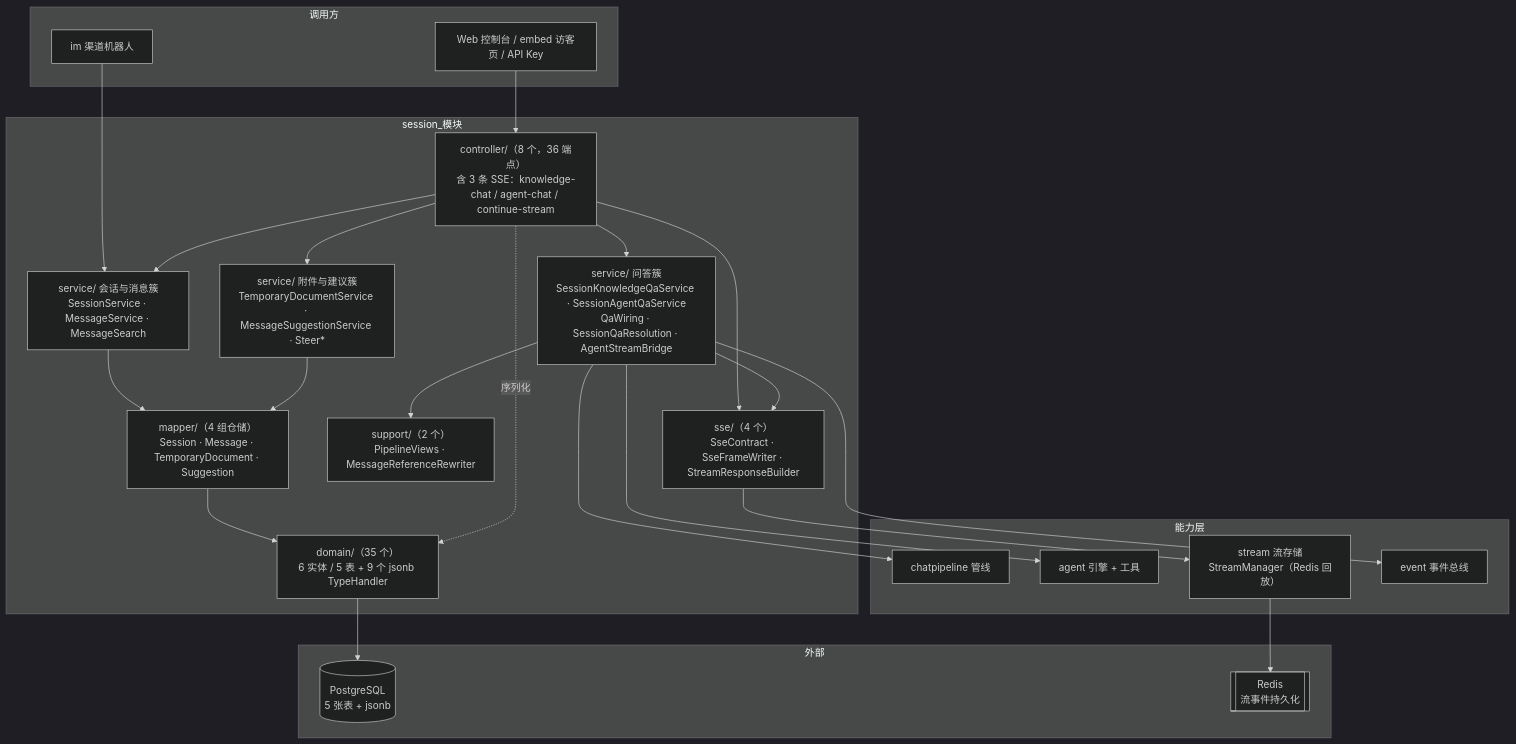
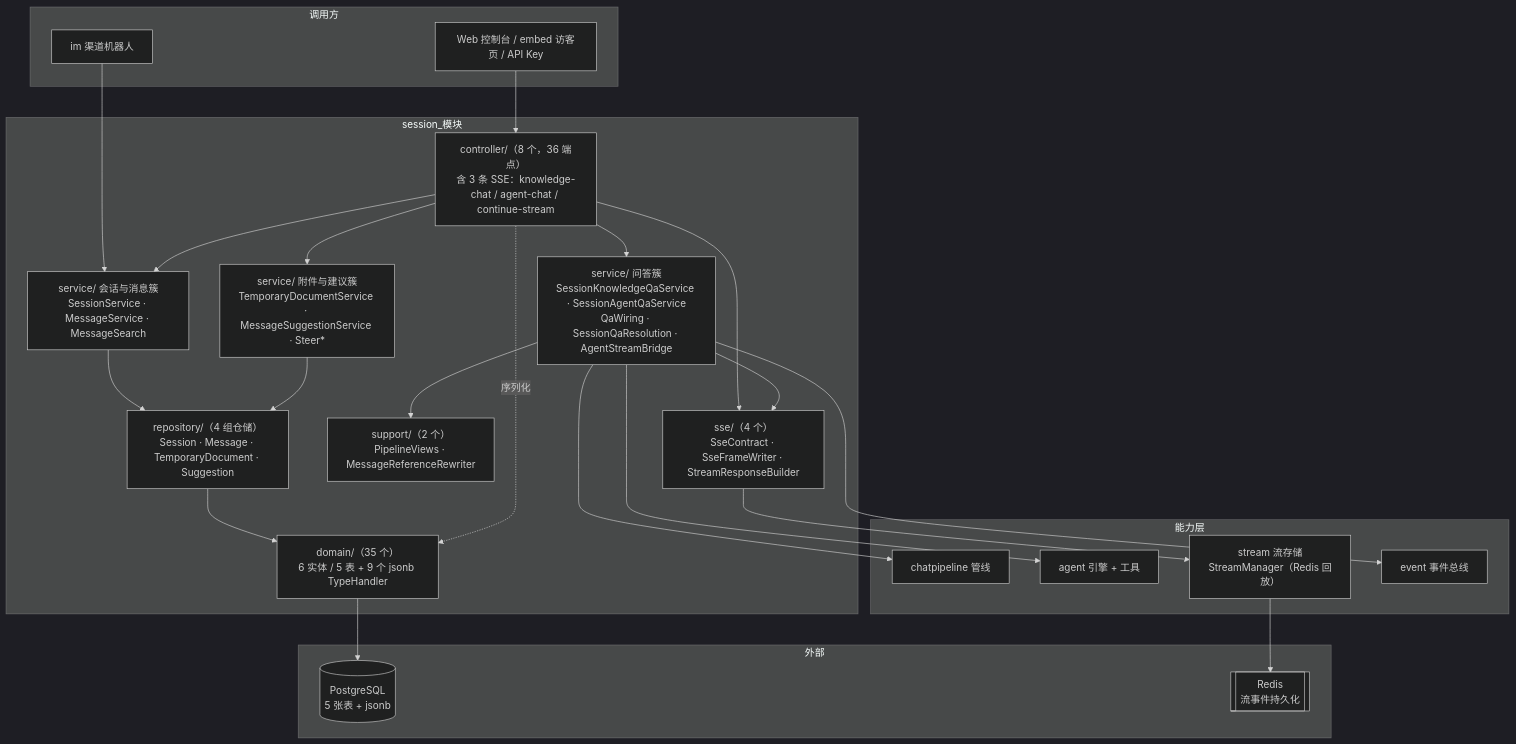
The first of 7 diagrams in docs/session-module-guide.md (pmbilly/ragagent), drawn with Mermaid (dark theme) before and after one commit. The commit also changed other lines of this file and 80 other files, not shown here.

````diff
--- a/docs/session-module-guide.md
+++ b/docs/session-module-guide.md
@@ -33,42 +33,42 @@
 ```mermaid
 graph TB
     subgraph 调用方
         FE["Web 控制台 / embed 访客页 / API Key"]
         IM["im 渠道机器人"]
     end
 
     subgraph session_模块
         CTRL["controller/（8 个，36 端点）<br/>含 3 条 SSE：knowledge-chat / agent-chat / continue-stream"]
         QA["service/ 问答簇<br/>SessionKnowledgeQaService · SessionAgentQaService<br/>QaWiring · SessionQaResolution · AgentStreamBridge"]
         CRUD["service/ 会话与消息簇<br/>SessionService · MessageService · MessageSearch"]
         TMP["service/ 附件与建议簇<br/>TemporaryDocumentService · MessageSuggestionService · Steer*"]
         SSE["sse/（4 个）<br/>SseContract · SseFrameWriter · StreamResponseBuilder"]
         SUP["support/（2 个）<br/>PipelineViews · MessageReferenceRewriter"]
-        REPO["mapper/（4 组仓储）<br/>Session · Message · TemporaryDocument · Suggestion"]
+        REPO["repository/（4 组仓储）<br/>Session · Message · TemporaryDocument · Suggestion"]
         DOM["domain/（35 个）<br/>6 实体 / 5 表 + 9 个 jsonb TypeHandler"]
     end
 
     subgraph 能力层
         CP["chatpipeline 管线"]
         AG["agent 引擎 + 工具"]
         STM["stream 流存储<br/>StreamManager（Redis 回放）"]
         EVT["event 事件总线"]
     end
 
     subgraph 外部
         PG[("PostgreSQL<br/>5 张表 + jsonb")]
         REDIS[["Redis<br/>流事件持久化"]]
     end
 
     FE --> CTRL
     IM --> CRUD
     CTRL --> QA & CRUD & TMP
     CTRL --> SSE
     QA --> CP & AG & EVT
     QA --> SUP
     QA --> SSE
     SSE --> STM --> REDIS
     CRUD & TMP --> REPO
     REPO --> DOM --> PG
     CTRL -. 序列化 .-> DOM
 ```
````
